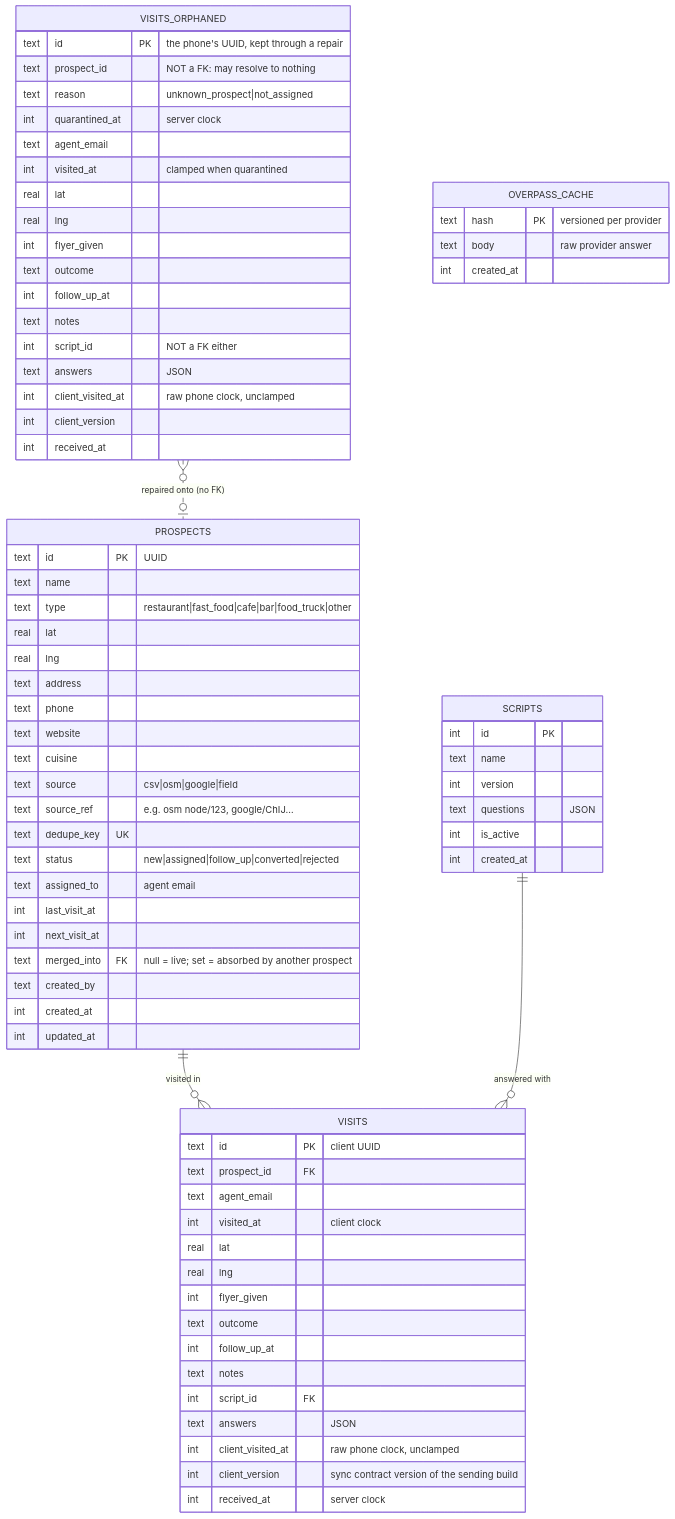
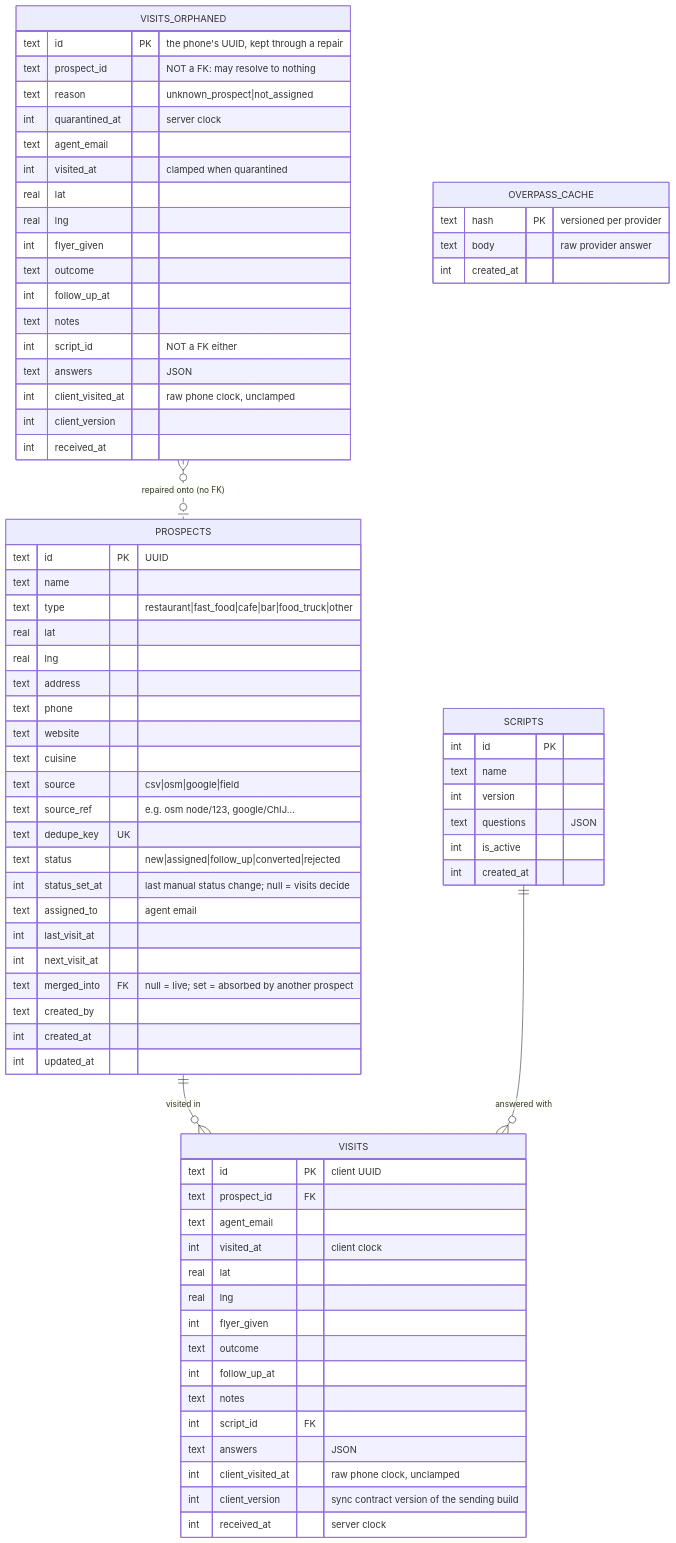
Before and after one commit to FixbyteStudio/captain-prospectus: the diagram in docs/data-model.md, drawn with Mermaid. The commit also changed other lines of this file and 12 other files, not shown here.

````diff
--- a/docs/data-model.md
+++ b/docs/data-model.md
@@ -5,77 +5,78 @@
 ```mermaid
 erDiagram
   PROSPECTS ||--o{ VISITS : "visited in"
   SCRIPTS ||--o{ VISITS : "answered with"
   VISITS_ORPHANED }o..o| PROSPECTS : "repaired onto (no FK)"
   PROSPECTS {
     text id PK "UUID"
     text name
     text type "restaurant|fast_food|cafe|bar|food_truck|other"
     real lat
     real lng
     text address
     text phone
     text website
     text cuisine
     text source "csv|osm|google|field"
     text source_ref "e.g. osm node/123, google/ChIJ…"
     text dedupe_key UK
     text status "new|assigned|follow_up|converted|rejected"
+    int status_set_at "last manual status change; null = visits decide"
     text assigned_to "agent email"
     int last_visit_at
     int next_visit_at
     text merged_into FK "null = live; set = absorbed by another prospect"
     text created_by
     int created_at
     int updated_at
   }
   VISITS {
     text id PK "client UUID"
     text prospect_id FK
     text agent_email
     int visited_at "client clock"
     real lat
     real lng
     int flyer_given
     text outcome
     int follow_up_at
     text notes
     int script_id FK
     text answers "JSON"
     int client_visited_at "raw phone clock, unclamped"
     int client_version "sync contract version of the sending build"
     int received_at "server clock"
   }
   VISITS_ORPHANED {
     text id PK "the phone's UUID, kept through a repair"
     text prospect_id "NOT a FK: may resolve to nothing"
     text reason "unknown_prospect|not_assigned"
     int quarantined_at "server clock"
     text agent_email
     int visited_at "clamped when quarantined"
     real lat
     real lng
     int flyer_given
     text outcome
     int follow_up_at
     text notes
     int script_id "NOT a FK either"
     text answers "JSON"
     int client_visited_at "raw phone clock, unclamped"
     int client_version
     int received_at
   }
   SCRIPTS {
     int id PK
     text name
     int version
     text questions "JSON"
     int is_active
     int created_at
   }
   OVERPASS_CACHE {
     text hash PK "versioned per provider"
     text body "raw provider answer"
     int created_at
   }
 ```
````
